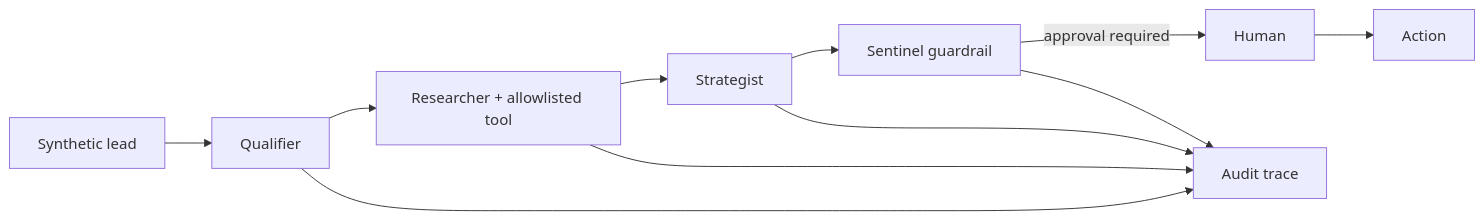
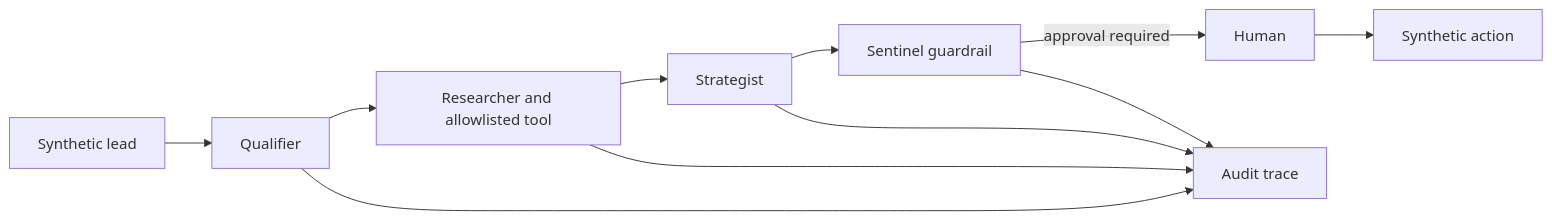
The diagram in README.md (AbuElNour/AuraCRM), drawn with Mermaid before and after one commit. The commit also changed other lines of this file and 4 other files, not shown here.

````diff
--- a/README.md
+++ b/README.md
@@ -7,13 +12,13 @@
 ```mermaid
 flowchart LR
   L["Synthetic lead"] --> Q["Qualifier"]
-  Q --> R["Researcher + allowlisted tool"]
+  Q --> R["Researcher and allowlisted tool"]
   R --> S["Strategist"]
   S --> G["Sentinel guardrail"]
-  G -->|approval required| H["Human"]
-  H --> O["Action"]
+  G -->|"approval required"| H["Human"]
+  H --> O["Synthetic action"]
   Q --> T["Audit trace"]
   R --> T
   S --> T
   G --> T
 ```
````
